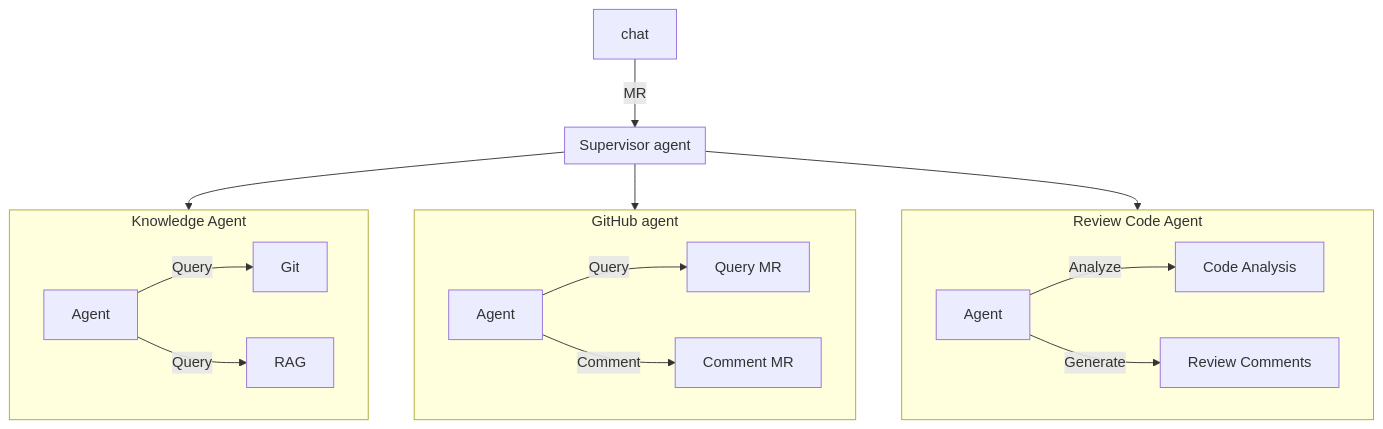
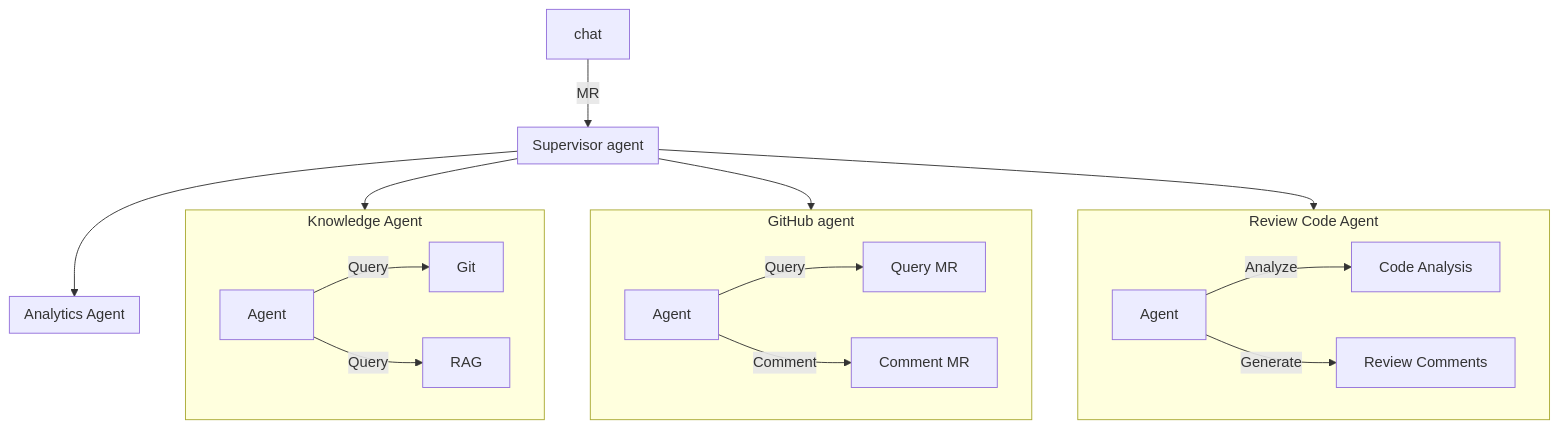
Before and after one commit to chinnawant/agent-review-code: the first of 2 diagrams in readme.md, drawn with Mermaid. The commit also changed other lines of this file, not shown here.

````diff
--- a/readme.md
+++ b/readme.md
@@ -19,30 +19,35 @@
 ```mermaid
 
 
 flowchart TD
     c1["chat"] -- MR --> sa1[Agent]
 
 
     subgraph sa1[Supervisor agent]
     end
 
     subgraph gh1[GitHub agent]
 			a1["Agent"] --Query--> ta1-l1["Query MR"]
 			a1 --"Comment"--> ta1-l2["Comment MR"]
     end
+
+    subgraph aa1[Analytics Agent]
+    end
+
     subgraph sa2[Knowledge Agent]
       a2["Agent"] --Query--> ta2-l1["Git"]
       a2 --Query--> ta2-l2["RAG"]
     end
 
     subgraph sa3[Review Code Agent]
       a3["Agent"] --Analyze--> ta3-l1["Code Analysis"]
       a3 --Generate--> ta3-l2["Review Comments"]
     end
 
 		sa1 --> sa2
+		sa1 --> aa1
 		sa1 --> gh1
 		sa1 --> sa3
 
 
 ```
````
